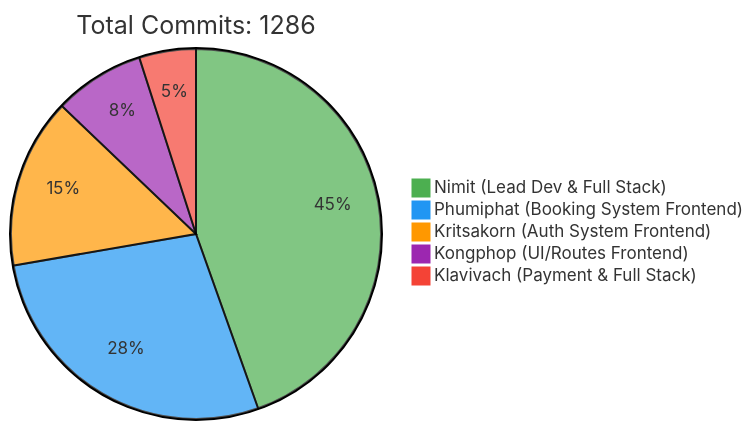
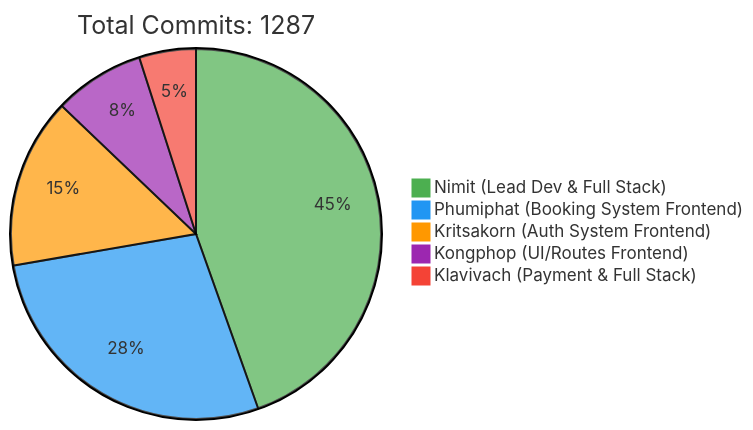
Before and after one commit to 6531503042/Sport-Complex: the first of 2 diagrams in README.md, drawn with Mermaid. The commit also changed other lines of this file, not shown here.

Commit message:
docs: Update contributor statistics [skip ci]

````diff
--- a/README.md
+++ b/README.md
@@ -257,10 +257,10 @@
 ```mermaid
 %%{init: {'theme': 'base', 'themeVariables': { 'pie1': '#4CAF50', 'pie2': '#2196F3', 'pie3': '#FF9800', 'pie4': '#9C27B0', 'pie5': '#F44336'}}}%%
 pie
-    title Total Commits: 1286
+    title Total Commits: 1287
     "Nimit (Lead Dev & Full Stack)" : 450
     "Phumiphat (Booking System Frontend)" : 280
     "Kritsakorn (Auth System Frontend)" : 150
     "Kongphop (UI/Routes Frontend)" : 80
     "Klavivach (Payment & Full Stack)" : 50
 ```
````
